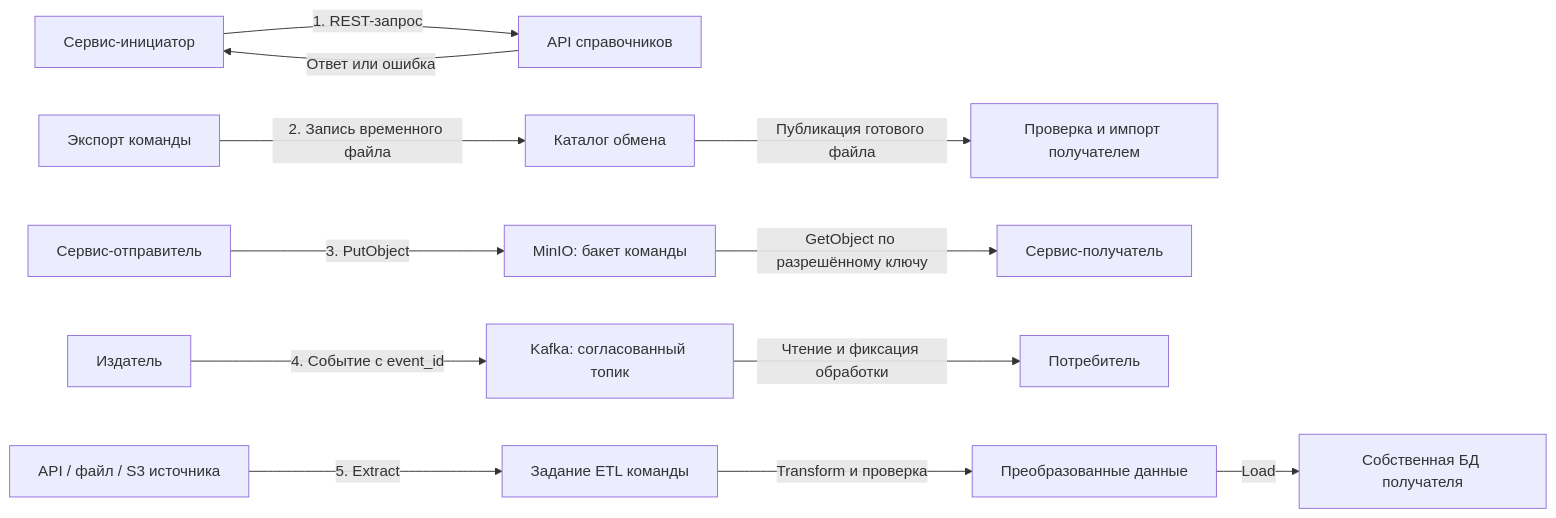
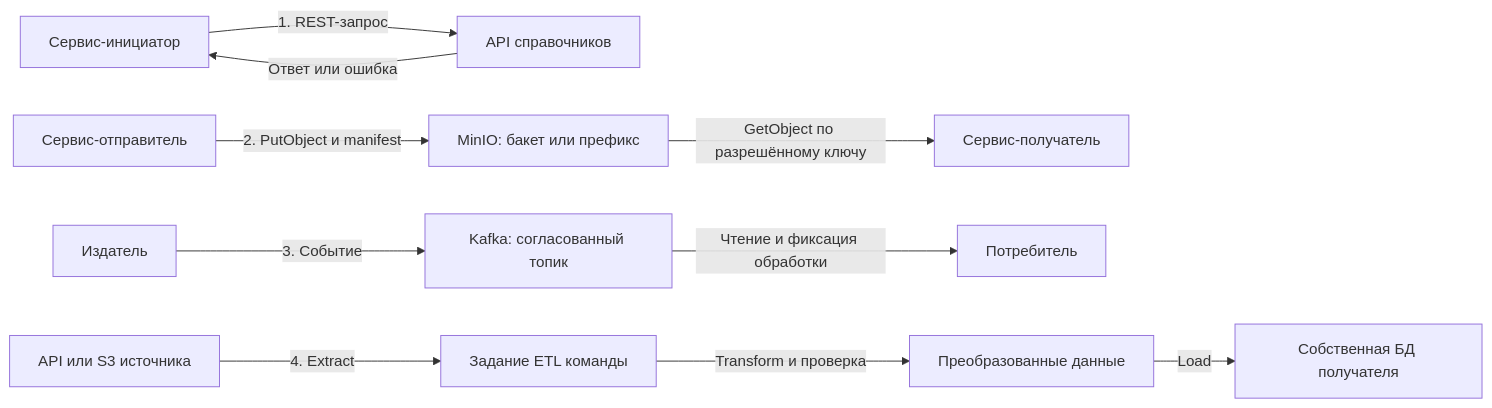
Before and after one commit to MEPhI-C22-501/arch-info-system-monorepo: the third of 6 diagrams in infra/vision.md, drawn with Mermaid. The commit also changed other lines of this file and 20 other files, not shown here.

````diff
--- a/infra/vision.md
+++ b/infra/vision.md
@@ -92,14 +96,12 @@
 ```mermaid
 flowchart LR
     A[Сервис-инициатор] -->|1. REST-запрос| R[API справочников]
     R -->|Ответ или ошибка| A
-    F[Экспорт команды] -->|2. Запись временного файла| D[Каталог обмена]
-    D -->|Публикация готового файла| I[Проверка и импорт получателем]
-    P[Сервис-отправитель] -->|3. PutObject| S[MinIO: бакет команды]
+    P[Сервис-отправитель] -->|2. PutObject и manifest| S[MinIO: бакет или префикс]
     S -->|GetObject по разрешённому ключу| C[Сервис-получатель]
-    E[Издатель] -->|4. Событие с event_id| K[Kafka: согласованный топик]
+    E[Издатель] -->|3. Событие| K[Kafka: согласованный топик]
     K -->|Чтение и фиксация обработки| Q[Потребитель]
-    O[API / файл / S3 источника] -->|5. Extract| X[Задание ETL команды]
+    O[API или S3 источника] -->|4. Extract| X[Задание ETL команды]
     X -->|Transform и проверка| T[Преобразованные данные]
     T -->|Load| B[Собственная БД получателя]
 ```
````
